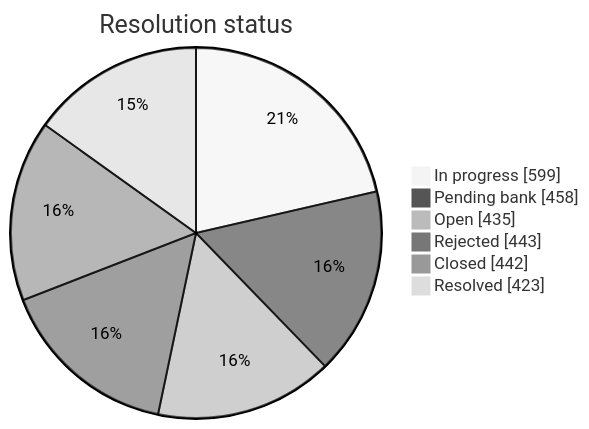
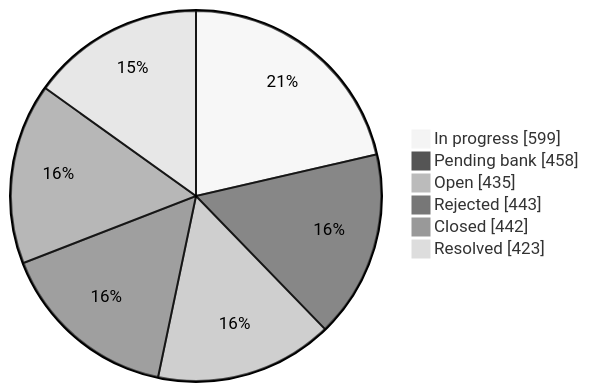
One commit to adityashukla2615/upi-risk-desk changed the first of 2 diagrams in README.md. Above: the diagram before and after it, drawn with Mermaid (neutral theme). The commit also changed other lines of this file, not shown here.

First line of the commit message:
Tidy README results tables and enlarge resolution chart

````diff
--- a/README.md
+++ b/README.md
@@ -118,9 +113,9 @@
 ```mermaid
-pie showData title Resolution status
+pie showData
     "In progress" : 599
     "Pending bank" : 458
     "Open" : 435
     "Rejected" : 443
     "Closed" : 442
     "Resolved" : 423
 ```
````
